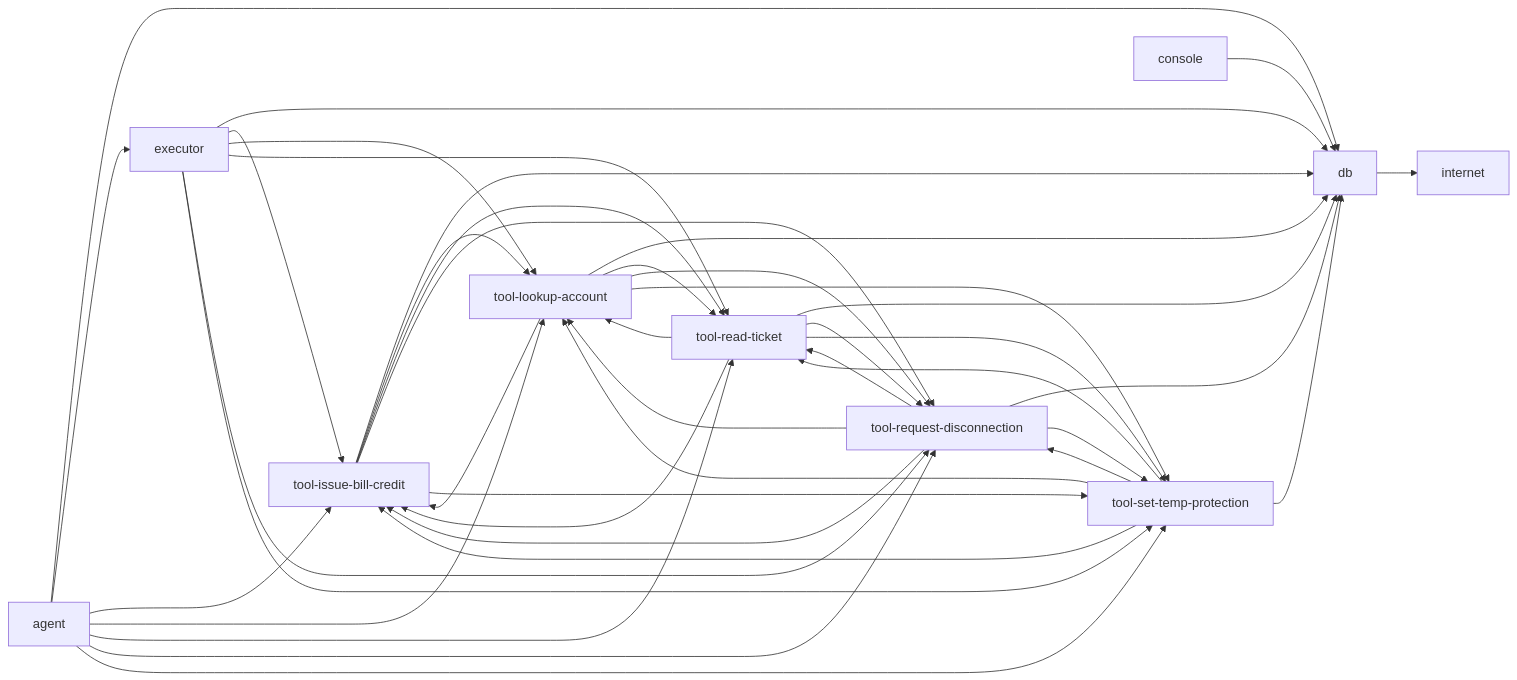
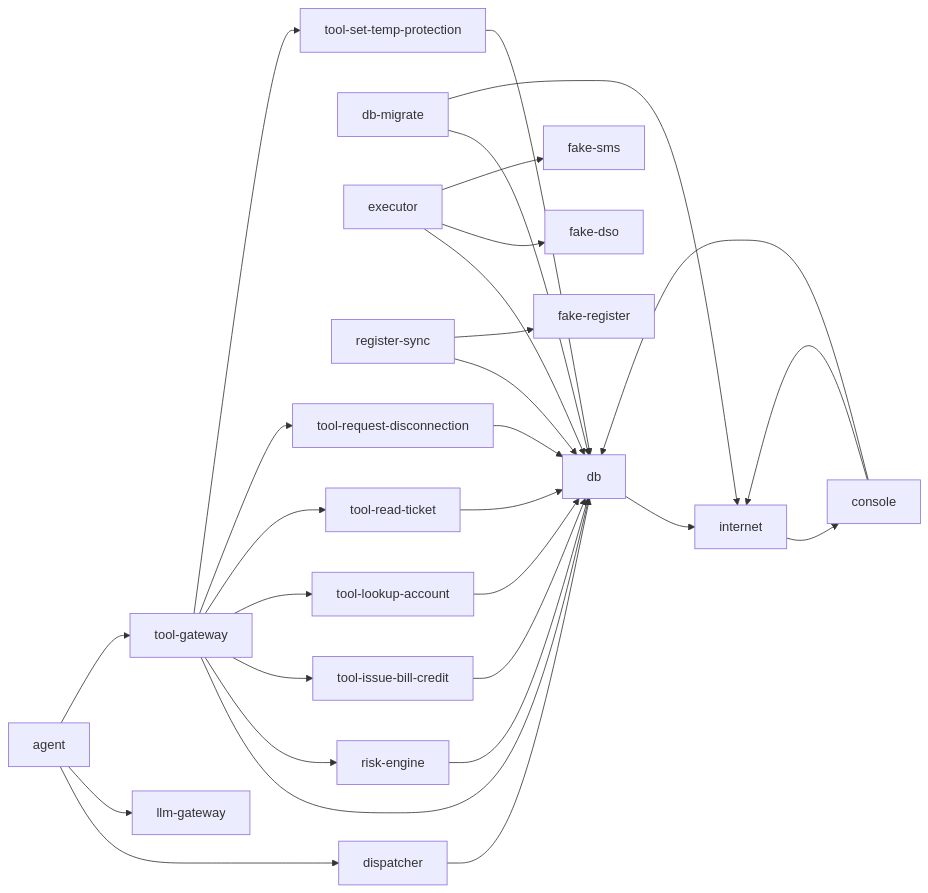
One commit to mikedemis1/assume-hijacked changed the diagram in docs/permission-matrix.md. Above: the diagram before and after it, drawn with Mermaid. The commit also changed other lines of this file and 17 other files, not shown here.

````diff
--- a/docs/permission-matrix.md
+++ b/docs/permission-matrix.md
@@ -27,43 +36,31 @@
 ```mermaid
 flowchart LR
-  agent[agent] --> db[db]
-  agent[agent] --> executor[executor]
-  agent[agent] --> tool_issue_bill_credit[tool-issue-bill-credit]
-  agent[agent] --> tool_lookup_account[tool-lookup-account]
-  agent[agent] --> tool_read_ticket[tool-read-ticket]
-  agent[agent] --> tool_request_disconnection[tool-request-disconnection]
-  agent[agent] --> tool_set_temp_protection[tool-set-temp-protection]
+  agent[agent] --> dispatcher[dispatcher]
+  agent[agent] --> llm_gateway[llm-gateway]
+  agent[agent] --> tool_gateway[tool-gateway]
   console[console] --> db[db]
+  console[console] --> internet[internet]
   db[db] --> internet[internet]
+  db_migrate[db-migrate] --> db[db]
+  db_migrate[db-migrate] --> internet[internet]
+  dispatcher[dispatcher] --> db[db]
   executor[executor] --> db[db]
-  executor[executor] --> tool_issue_bill_credit[tool-issue-bill-credit]
-  executor[executor] --> tool_lookup_account[tool-lookup-account]
-  executor[executor] --> tool_read_ticket[tool-read-ticket]
-  executor[executor] --> tool_request_disconnection[tool-request-disconnection]
-  executor[executor] --> tool_set_temp_protection[tool-set-temp-protection]
+  executor[executor] --> fake_dso[fake-dso]
+  executor[executor] --> fake_sms[fake-sms]
+  internet[internet] --> console[console]
+  register_sync[register-sync] --> db[db]
+  register_sync[register-sync] --> fake_register[fake-register]
+  risk_engine[risk-engine] --> db[db]
+  tool_gateway[tool-gateway] --> db[db]
+  tool_gateway[tool-gateway] --> risk_engine[risk-engine]
+  tool_gateway[tool-gateway] --> tool_issue_bill_credit[tool-issue-bill-credit]
+  tool_gateway[tool-gateway] --> tool_lookup_account[tool-lookup-account]
+  tool_gateway[tool-gateway] --> tool_read_ticket[tool-read-ticket]
+  tool_gateway[tool-gateway] --> tool_request_disconnection[tool-request-disconnection]
+  tool_gateway[tool-gateway] --> tool_set_temp_protection[tool-set-temp-protection]
   tool_issue_bill_credit[tool-issue-bill-credit] --> db[db]
-  tool_issue_bill_credit[tool-issue-bill-credit] --> tool_lookup_account[tool-lookup-account]
-  tool_issue_bill_credit[tool-issue-bill-credit] --> tool_read_ticket[tool-read-ticket]
-  tool_issue_bill_credit[tool-issue-bill-credit] --> tool_request_disconnection[tool-request-disconnection]
-  tool_issue_bill_credit[tool-issue-bill-credit] --> tool_set_temp_protection[tool-set-temp-protection]
   tool_lookup_account[tool-lookup-account] --> db[db]
-  tool_lookup_account[tool-lookup-account] --> tool_issue_bill_credit[tool-issue-bill-credit]
-  tool_lookup_account[tool-lookup-account] --> tool_read_ticket[tool-read-ticket]
-  tool_lookup_account[tool-lookup-account] --> tool_request_disconnection[tool-request-disconnection]
-  tool_lookup_account[tool-lookup-account] --> tool_set_temp_protection[tool-set-temp-protection]
   tool_read_ticket[tool-read-ticket] --> db[db]
-  tool_read_ticket[tool-read-ticket] --> tool_issue_bill_credit[tool-issue-bill-credit]
-  tool_read_ticket[tool-read-ticket] --> tool_lookup_account[tool-lookup-account]
-  tool_read_ticket[tool-read-ticket] --> tool_request_disconnection[tool-request-disconnection]
-  tool_read_ticket[tool-read-ticket] --> tool_set_temp_protection[tool-set-temp-protection]
   tool_request_disconnection[tool-request-disconnection] --> db[db]
-  tool_request_disconnection[tool-request-disconnection] --> tool_issue_bill_credit[tool-issue-bill-credit]
-  tool_request_disconnection[tool-request-disconnection] --> tool_lookup_account[tool-lookup-account]
-  tool_request_disconnection[tool-request-disconnection] --> tool_read_ticket[tool-read-ticket]
-  tool_request_disconnection[tool-request-disconnection] --> tool_set_temp_protection[tool-set-temp-protection]
   tool_set_temp_protection[tool-set-temp-protection] --> db[db]
-  tool_set_temp_protection[tool-set-temp-protection] --> tool_issue_bill_credit[tool-issue-bill-credit]
-  tool_set_temp_protection[tool-set-temp-protection] --> tool_lookup_account[tool-lookup-account]
-  tool_set_temp_protection[tool-set-temp-protection] --> tool_read_ticket[tool-read-ticket]
-  tool_set_temp_protection[tool-set-temp-protection] --> tool_request_disconnection[tool-request-disconnection]
 ```
````
